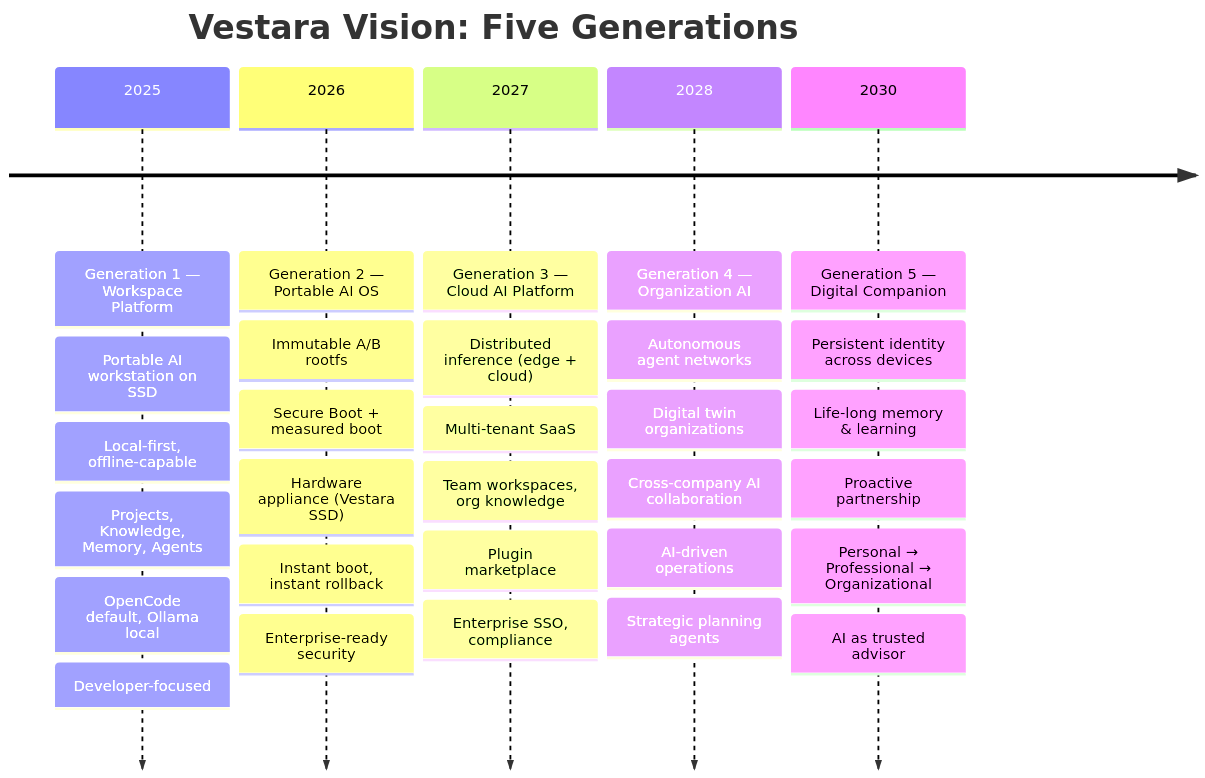
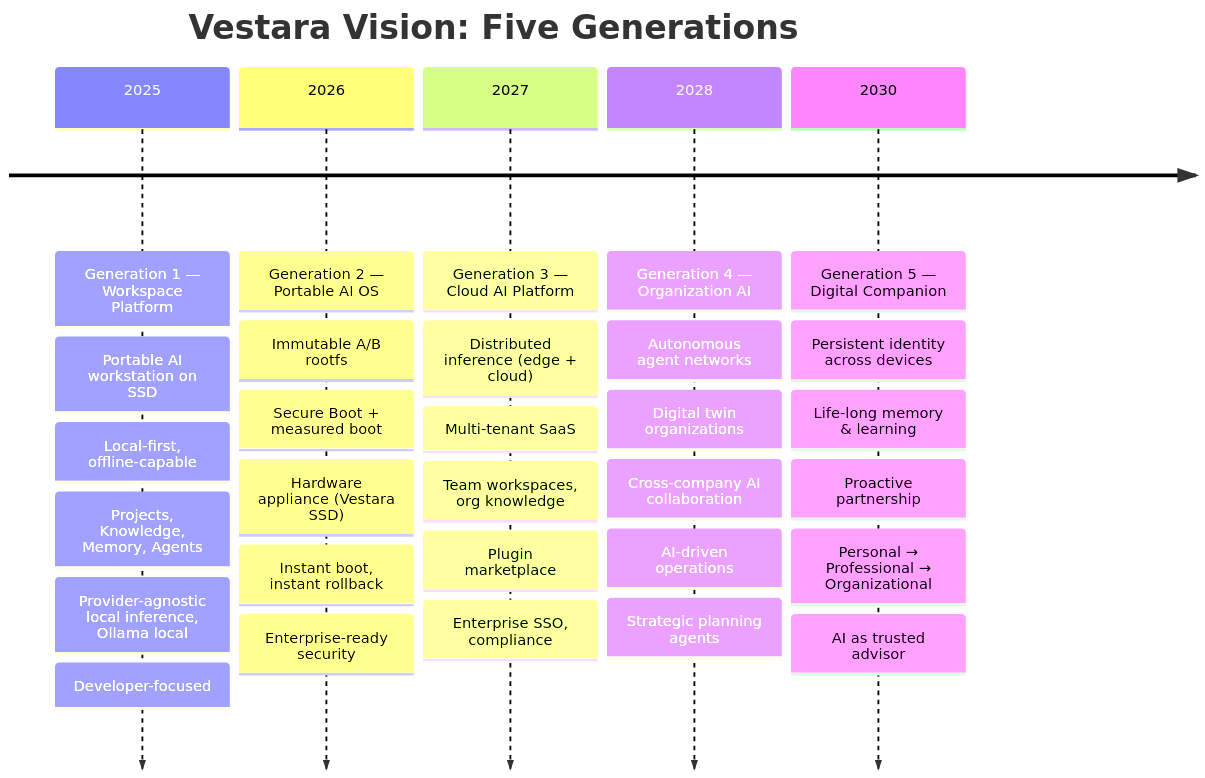
Before and after one commit to evillan0315/vestara-blueprint: the diagram in 01-company/01-mission-vision-values.md, drawn with Mermaid. The commit also changed 13 other files, not shown here.

````diff
--- a/01-company/01-mission-vision-values.md
+++ b/01-company/01-mission-vision-values.md
@@ -45,39 +45,39 @@
 ```mermaid
 timeline
     title Vestara Vision: Five Generations
     
     2025 : Generation 1 — Workspace Platform
          : Portable AI workstation on SSD
          : Local-first, offline-capable
          : Projects, Knowledge, Memory, Agents
-         : OpenCode default, Ollama local
+         : Provider-agnostic local inference, Ollama local
          : Developer-focused
     
     2026 : Generation 2 — Portable AI OS
          : Immutable A/B rootfs
          : Secure Boot + measured boot
          : Hardware appliance (Vestara SSD)
          : Instant boot, instant rollback
          : Enterprise-ready security
     
     2027 : Generation 3 — Cloud AI Platform
          : Distributed inference (edge + cloud)
          : Multi-tenant SaaS
          : Team workspaces, org knowledge
          : Plugin marketplace
          : Enterprise SSO, compliance
     
     2028 : Generation 4 — Organization AI
          : Autonomous agent networks
          : Digital twin organizations
          : Cross-company AI collaboration
          : AI-driven operations
          : Strategic planning agents
     
     2030 : Generation 5 — Digital Companion
          : Persistent identity across devices
          : Life-long memory & learning
          : Proactive partnership
          : Personal → Professional → Organizational
          : AI as trusted advisor
 ```
````
